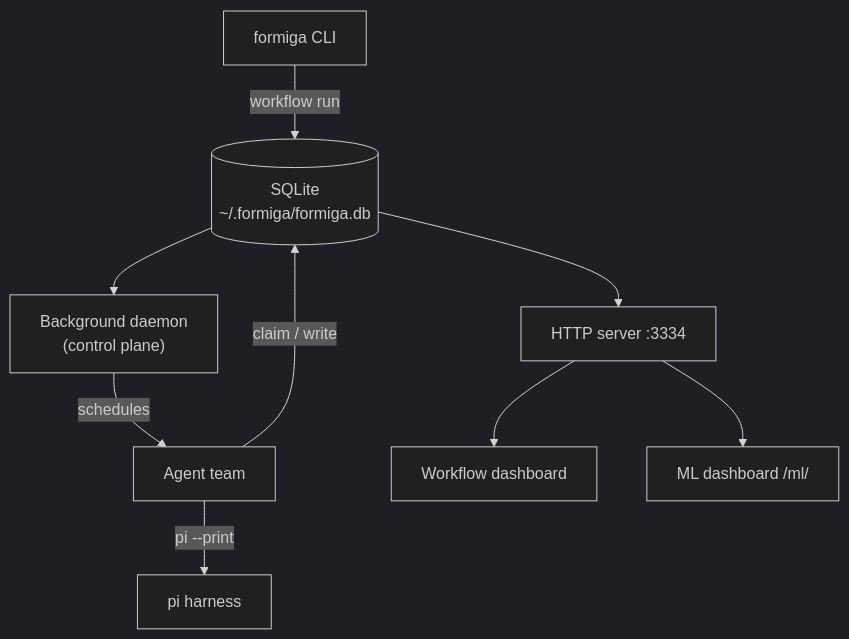
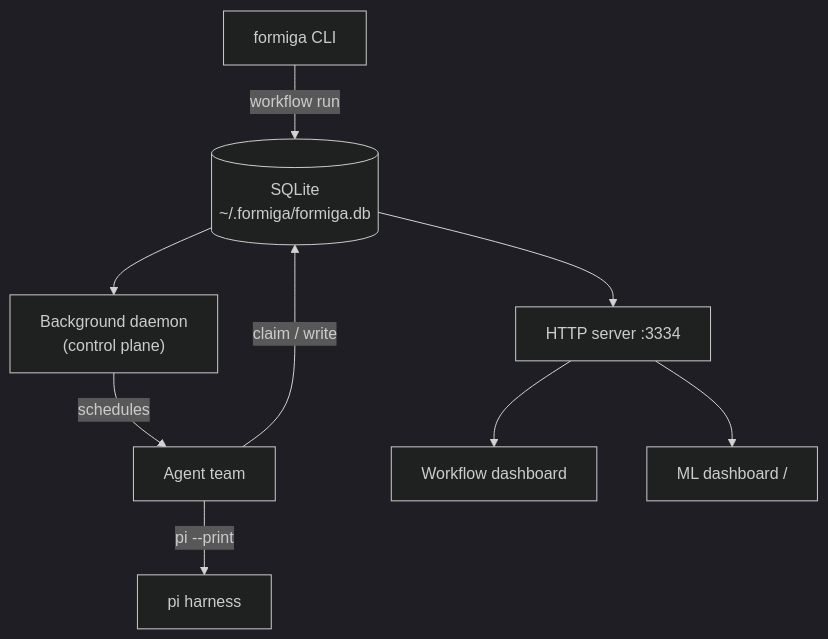
One commit to PJarbas/formiga changed the second of 2 diagrams in README.md. Above: the diagram before and after it, drawn with Mermaid (dark theme). The commit also changed other lines of this file and 1 other file, not shown here.

First line of the commit message:
docs: add architecture overview and update README objective

````diff
--- a/README.md
+++ b/README.md
@@ -100,11 +102,11 @@
 ```mermaid
 flowchart TB
     CLI["formiga CLI"] -->|workflow run| DB[("SQLite<br/>~/.formiga/formiga.db")]
     DB --> Daemon["Background daemon<br/>(control plane)"]
     Daemon -->|schedules| Agents["Agent team"]
     Agents -->|"pi --print"| Harness["pi harness"]
     Agents -->|claim / write| DB
     DB --> Server["HTTP server :3334"]
     Server --> Dash["Workflow dashboard"]
-    Server --> ML["ML dashboard /ml/"]
+    Server --> ML["ML dashboard /"]
 ```
````
